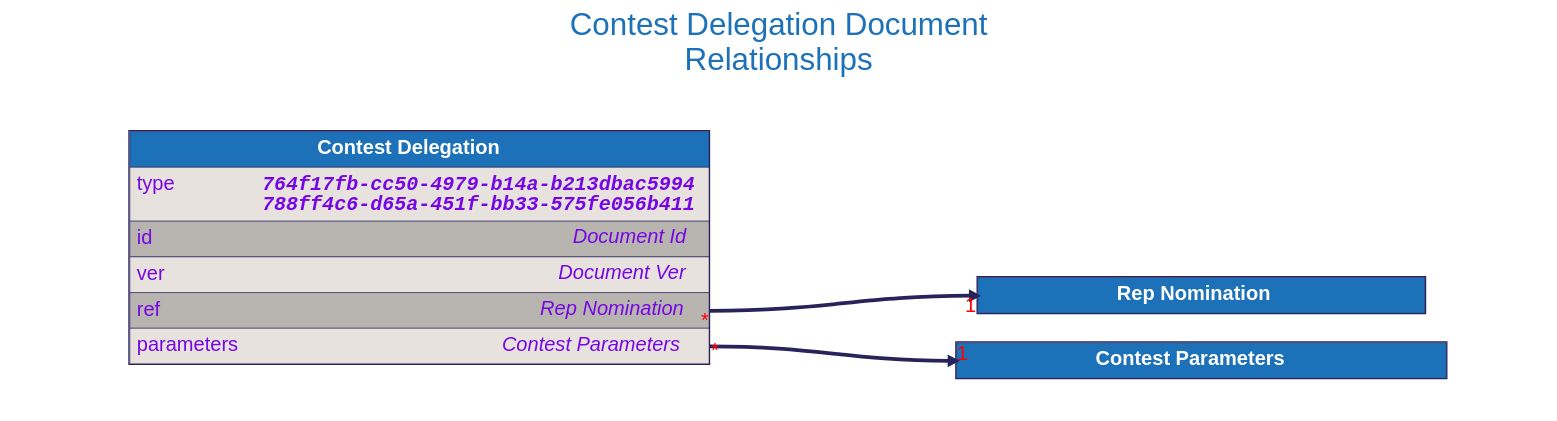
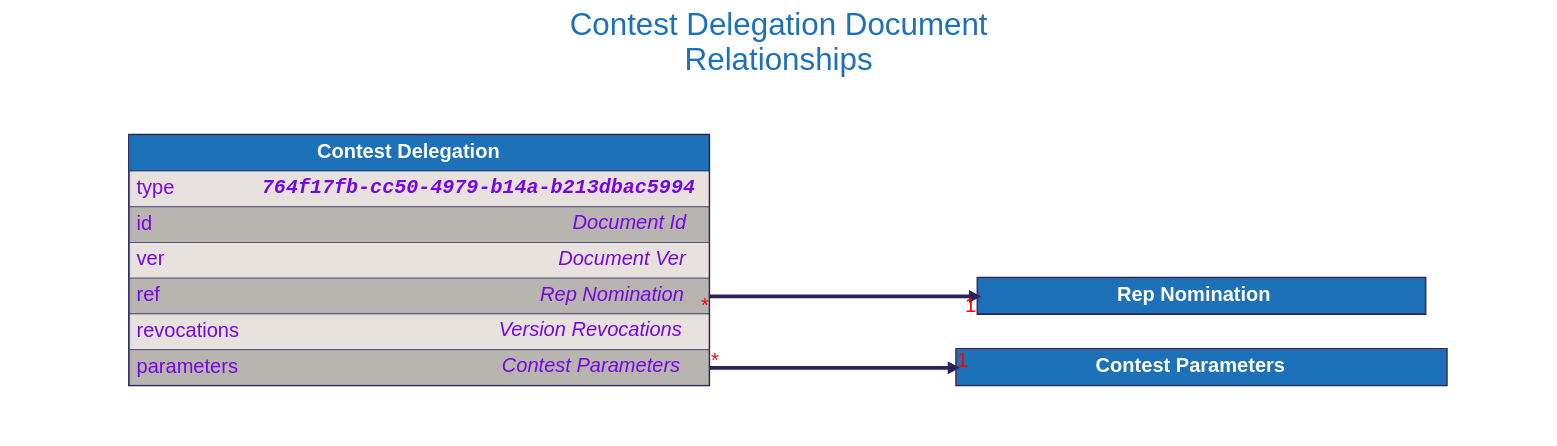
One commit to input-output-hk/catalyst-libs changed the diagram in docs/src/architecture/08_concepts/signed_doc/diagrams/contest_delegation.dot. Above: the diagram before and after it, drawn with Graphviz. The commit also changed 456 other files, not shown here.

```diff
--- a/docs/src/architecture/08_concepts/signed_doc/diagrams/contest_delegation.dot
+++ b/docs/src/architecture/08_concepts/signed_doc/diagrams/contest_delegation.dot
@@ -1,113 +1,123 @@
 digraph "Contest Delegation" {
     rankdir="LR"
     graph [fontname="helvetica", fontsize="32", fontcolor="#29235c", bgcolor="white"];
     node [penwidth="0", margin="0", fontname="helvetica", fontsize="32", fontcolor="#29235c"];
     edge [fontname="helvetica", fontsize="32", fontcolor="red", color="#29235c"];
 
     labelloc="t"
     label="Contest Delegation Document
 Relationships"
     fontcolor="#1d71b8"
     fontsize=50
     compound=true
 
 
 
     "Rep Nomination" [
         id="Rep Nomination";
         label=<
             <TABLE BORDER="2" COLOR="#29235c" CELLBORDER="1" CELLSPACING="0" CELLPADDING="10">
             <TR>
                 <TD PORT="title" BGCOLOR="#1d71b8" HREF="../rep_nomination/">
                     <FONT COLOR="#ffffff"><B> Rep Nomination </B></FONT>
                 </TD>
             </TR>
 
             </TABLE>
         >
     ];
 
 
     "Contest Parameters" [
         id="Contest Parameters";
         label=<
             <TABLE BORDER="2" COLOR="#29235c" CELLBORDER="1" CELLSPACING="0" CELLPADDING="10">
             <TR>
                 <TD PORT="title" BGCOLOR="#1d71b8" HREF="../contest_parameters/">
                     <FONT COLOR="#ffffff"><B> Contest Parameters </B></FONT>
                 </TD>
             </TR>
 
             </TABLE>
         >
     ];
 
 
     "Contest Delegation" [
         id="Contest Delegation";
         label=<
             <TABLE BORDER="2" COLOR="#29235c" CELLBORDER="1" CELLSPACING="0" CELLPADDING="10">
             <TR>
                 <TD PORT="title" BGCOLOR="#1d71b8" HREF="../contest_delegation/">
                     <FONT COLOR="#ffffff"><B> Contest Delegation </B></FONT>
                 </TD>
             </TR>
             <TR>
                 <TD ALIGN="LEFT" PORT="type" BGCOLOR="#e7e2dd">
                     <TABLE CELLPADDING="0" CELLSPACING="0" BORDER="0">
                         <TR>
                             <TD ALIGN="LEFT" VALIGN="TOP" WIDTH="200"><FONT COLOR="#7706E5">type</FONT></TD>
-                            <TD ALIGN="RIGHT"><FONT FACE="Courier" COLOR="#7706E5"><B><I>764f17fb-cc50-4979-b14a-b213dbac5994<BR />788ff4c6-d65a-451f-bb33-575fe056b411</I></B></FONT></TD>
+                            <TD ALIGN="RIGHT"><FONT FACE="Courier" COLOR="#7706E5"><B><I>764f17fb-cc50-4979-b14a-b213dbac5994</I></B></FONT></TD>
                         </TR>
                     </TABLE>
                 </TD>
             </TR>
             <TR>
                 <TD ALIGN="LEFT" PORT="id" BGCOLOR="#b8b5b0">
                     <TABLE CELLPADDING="0" CELLSPACING="0" BORDER="0">
                         <TR>
                             <TD ALIGN="LEFT" VALIGN="TOP" WIDTH="200"><FONT COLOR="#7706E5">id</FONT></TD>
                             <TD ALIGN="RIGHT"><FONT COLOR="#7706E5"><I>Document Id</I></FONT></TD>
                         </TR>
                     </TABLE>
                 </TD>
             </TR>
             <TR>
                 <TD ALIGN="LEFT" PORT="ver" BGCOLOR="#e7e2dd">
                     <TABLE CELLPADDING="0" CELLSPACING="0" BORDER="0">
                         <TR>
                             <TD ALIGN="LEFT" VALIGN="TOP" WIDTH="200"><FONT COLOR="#7706E5">ver</FONT></TD>
                             <TD ALIGN="RIGHT"><FONT COLOR="#7706E5"><I>Document Ver</I></FONT></TD>
                         </TR>
                     </TABLE>
                 </TD>
             </TR>
             <TR>
                 <TD ALIGN="LEFT" PORT="ref" BGCOLOR="#b8b5b0">
                     <TABLE CELLPADDING="0" CELLSPACING="0" BORDER="0">
                         <TR>
                             <TD ALIGN="LEFT" VALIGN="TOP" WIDTH="200"><FONT COLOR="#7706E5">ref</FONT></TD>
                             <TD ALIGN="RIGHT"><FONT COLOR="#7706E5"><I>Rep Nomination</I></FONT></TD>
                         </TR>
                     </TABLE>
                 </TD>
             </TR>
             <TR>
-                <TD ALIGN="LEFT" PORT="parameters" BGCOLOR="#e7e2dd">
+                <TD ALIGN="LEFT" PORT="revocations" BGCOLOR="#e7e2dd">
+                    <TABLE CELLPADDING="0" CELLSPACING="0" BORDER="0">
+                        <TR>
+                            <TD ALIGN="LEFT" VALIGN="TOP" WIDTH="200"><FONT COLOR="#7706E5">revocations</FONT></TD>
+                            <TD ALIGN="RIGHT"><FONT COLOR="#7706E5"><I>Version Revocations</I></FONT></TD>
+                        </TR>
+                    </TABLE>
+                </TD>
+            </TR>
+            <TR>
+                <TD ALIGN="LEFT" PORT="parameters" BGCOLOR="#b8b5b0">
                     <TABLE CELLPADDING="0" CELLSPACING="0" BORDER="0">
                         <TR>
                             <TD ALIGN="LEFT" VALIGN="TOP" WIDTH="200"><FONT COLOR="#7706E5">parameters</FONT></TD>
                             <TD ALIGN="RIGHT"><FONT COLOR="#7706E5"><I>Contest Parameters</I></FONT></TD>
                         </TR>
                     </TABLE>
                 </TD>
             </TR>
 
             </TABLE>
         >
     ];
 
 
     "Contest Delegation":"ref":e -> "Rep Nomination":"title":w [dir=forward, penwidth=6, color="#29235c", headlabel="1", taillabel="*"]
     "Contest Delegation":"parameters":e -> "Contest Parameters":"title":w [dir=forward, penwidth=6, color="#29235c", headlabel="1", taillabel="*"]
 }
```
